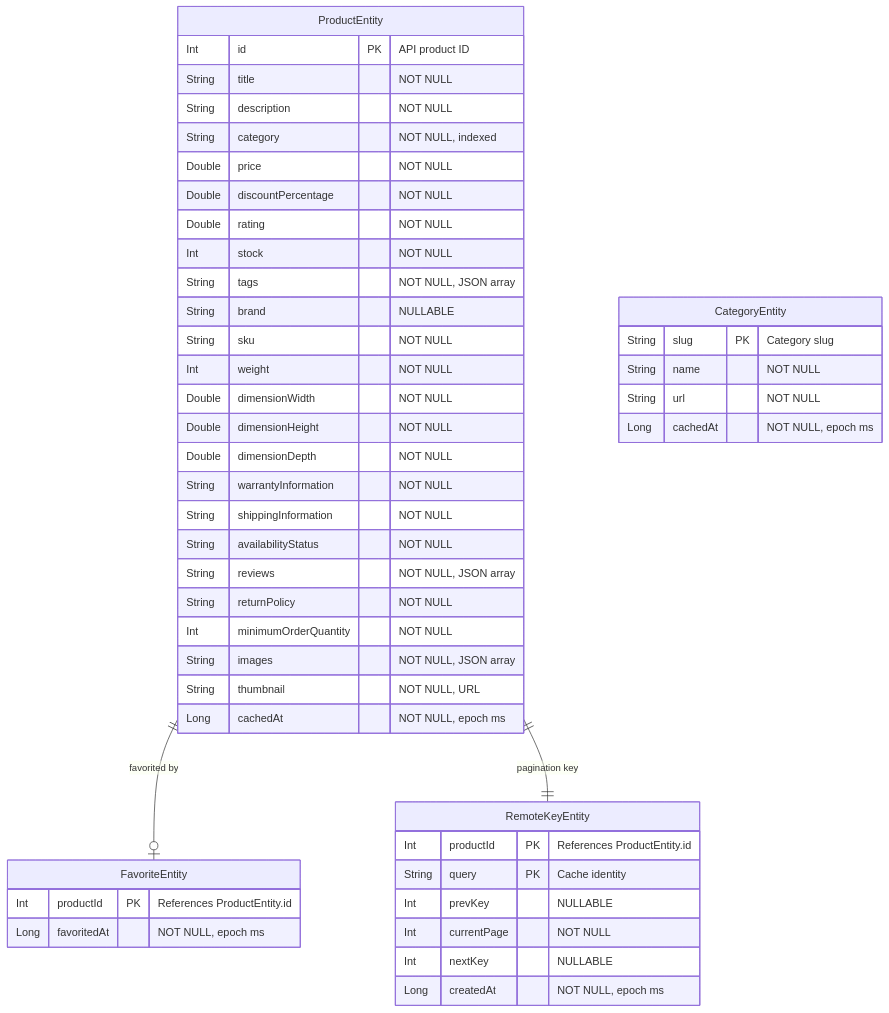
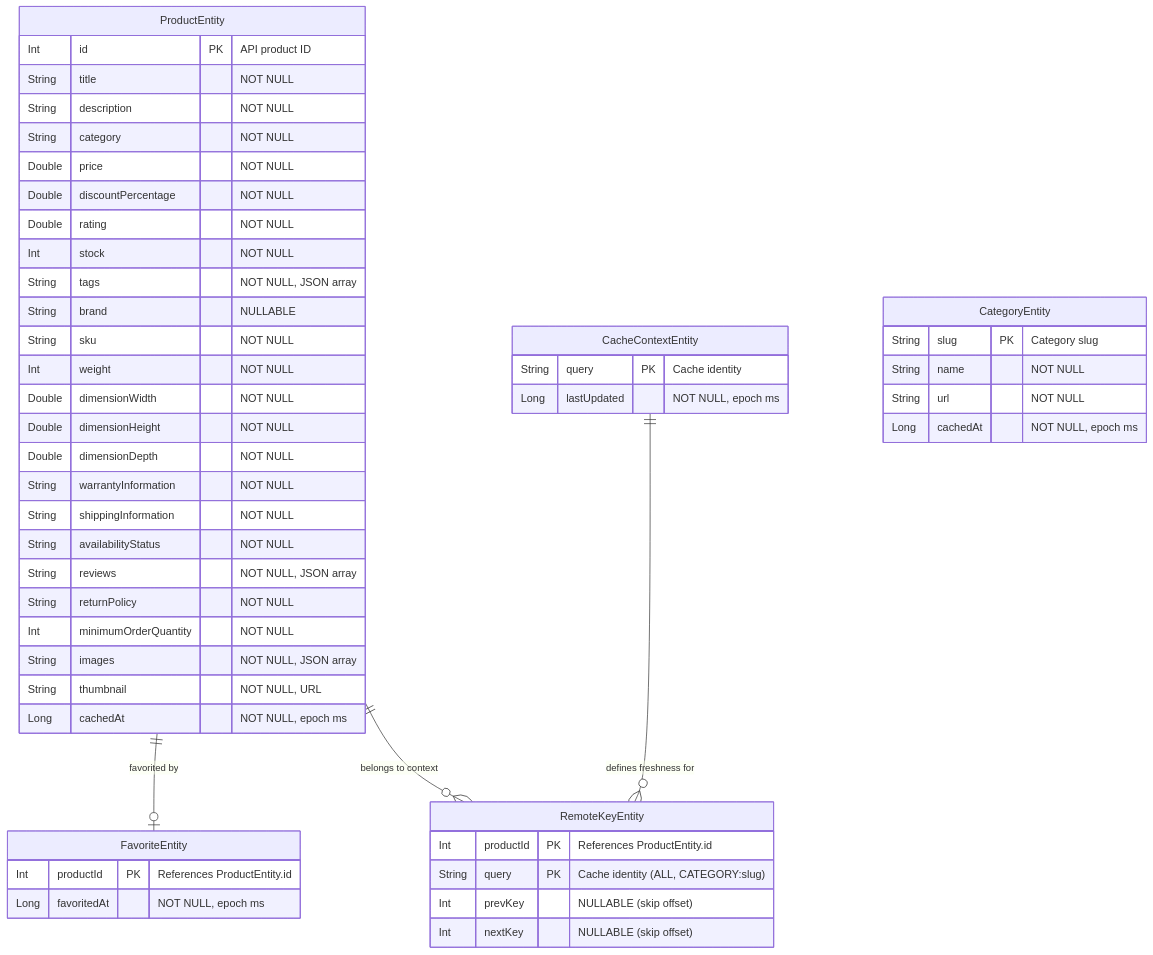
Before and after one commit to rktuhinbd/ShopFlow: the diagram in docs/03-data/ERD.md, drawn with Mermaid. The commit also changed other lines of this file and 26 other files, not shown here.

First line of the commit message:
feat(data): add context-aware cache schema

````diff
--- a/docs/03-data/ERD.md
+++ b/docs/03-data/ERD.md
@@ -10,53 +7,52 @@
 ```mermaid
 erDiagram
     ProductEntity {
         Int id PK "API product ID"
         String title "NOT NULL"
         String description "NOT NULL"
-        String category "NOT NULL, indexed"
+        String category "NOT NULL"
         Double price "NOT NULL"
         Double discountPercentage "NOT NULL"
         Double rating "NOT NULL"
         Int stock "NOT NULL"
         String tags "NOT NULL, JSON array"
         String brand "NULLABLE"
         String sku "NOT NULL"
         Int weight "NOT NULL"
         Double dimensionWidth "NOT NULL"
         Double dimensionHeight "NOT NULL"
         Double dimensionDepth "NOT NULL"
         String warrantyInformation "NOT NULL"
         String shippingInformation "NOT NULL"
         String availabilityStatus "NOT NULL"
         String reviews "NOT NULL, JSON array"
         String returnPolicy "NOT NULL"
         Int minimumOrderQuantity "NOT NULL"
         String images "NOT NULL, JSON array"
         String thumbnail "NOT NULL, URL"
         Long cachedAt "NOT NULL, epoch ms"
     }
-
     FavoriteEntity {
         Int productId PK "References ProductEntity.id"
         Long favoritedAt "NOT NULL, epoch ms"
     }
-
     RemoteKeyEntity {
         Int productId PK "References ProductEntity.id"
+        String query PK "Cache identity (ALL, CATEGORY:slug)"
+        Int prevKey "NULLABLE (skip offset)"
+        Int nextKey "NULLABLE (skip offset)"
+    }
+    CacheContextEntity {
         String query PK "Cache identity"
-        Int prevKey "NULLABLE"
-        Int currentPage "NOT NULL"
-        Int nextKey "NULLABLE"
-        Long createdAt "NOT NULL, epoch ms"
+        Long lastUpdated "NOT NULL, epoch ms"
     }
-
     CategoryEntity {
         String slug PK "Category slug"
         String name "NOT NULL"
         String url "NOT NULL"
         Long cachedAt "NOT NULL, epoch ms"
     }
-
     ProductEntity ||--o| FavoriteEntity : "favorited by"
-    ProductEntity ||--|| RemoteKeyEntity : "pagination key"
+    ProductEntity ||--o{ RemoteKeyEntity : "belongs to context"
+    CacheContextEntity ||--o{ RemoteKeyEntity : "defines freshness for"
 ```
````
